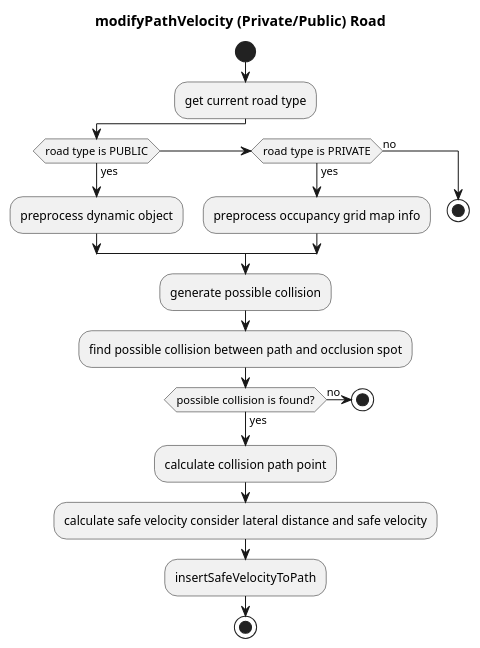
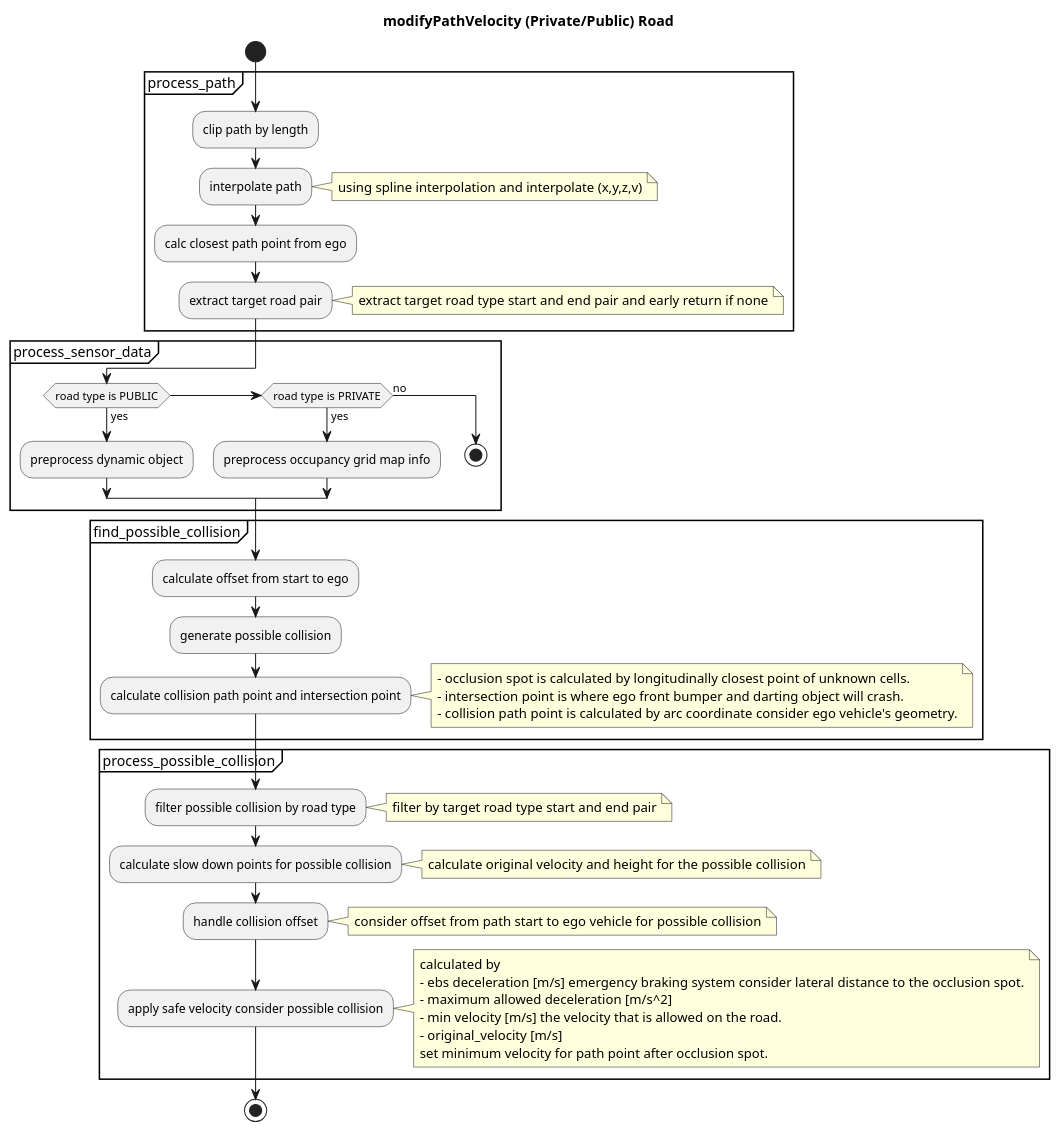
The first of 3 diagrams in planning/behavior_velocity_planner/occlusion-spot-design.md (autowarefoundation/autoware), drawn with PlantUML before and after one commit. The commit also changed other lines of this file and 10 other files, not shown here.

First line of the commit message:
fix(behavior_velocity): occlusion spot offset (#290)

````diff
--- a/planning/behavior_velocity_planner/occlusion-spot-design.md
+++ b/planning/behavior_velocity_planner/occlusion-spot-design.md
@@ -89,33 +89,64 @@
 ```plantuml
 @startuml
 title modifyPathVelocity (Private/Public) Road
 start
 
-:get current road type;
+partition process_path {
+:clip path by length;
+:interpolate path;
+note right
+  using spline interpolation and interpolate (x,y,z,v)
+end note
+:calc closest path point from ego;
+:extract target road pair;
+note right
+extract target road type start and end pair and early return if none
+end note
+}
 
+partition process_sensor_data {
 if (road type is PUBLIC) then (yes)
   :preprocess dynamic object;
 else if (road type is PRIVATE) then (yes)
   :preprocess occupancy grid map info;
 else (no)
   stop
 endif
+}
+partition find_possible_collision {
+:calculate offset from start to ego;
+:generate possible collision;
+:calculate collision path point and intersection point;
+note right
+  - occlusion spot is calculated by longitudinally closest point of unknown cells.
+  - intersection point is where ego front bumper and darting object will crash.
+  - collision path point is calculated by arc coordinate consider ego vehicle's geometry.
+end note
 
-:generate possible collision;
-
-:find possible collision between path and occlusion spot;
-
-if (possible collision is found?) then (yes)
-else (no)
-  stop
-endif
-
-:calculate collision path point;
-
-:calculate safe velocity consider lateral distance and safe velocity;
-
-:insertSafeVelocityToPath;
-
+}
+partition process_possible_collision {
+:filter possible collision by road type;
+note right
+filter by target road type start and end pair
+end note
+:calculate slow down points for possible collision;
+note right
+calculate original velocity and height for the possible collision
+end note
+:handle collision offset;
+note right
+consider offset from path start to ego vehicle for possible collision
+end note
+:apply safe velocity consider possible collision;
+note right
+calculated by
+- ebs deceleration [m/s] emergency braking system consider lateral distance to the occlusion spot.
+- maximum allowed deceleration [m/s^2]
+- min velocity [m/s] the velocity that is allowed on the road.
+- original_velocity [m/s]
+set minimum velocity for path point after occlusion spot.
+end note
+}
 stop
 @enduml
 ```
````
